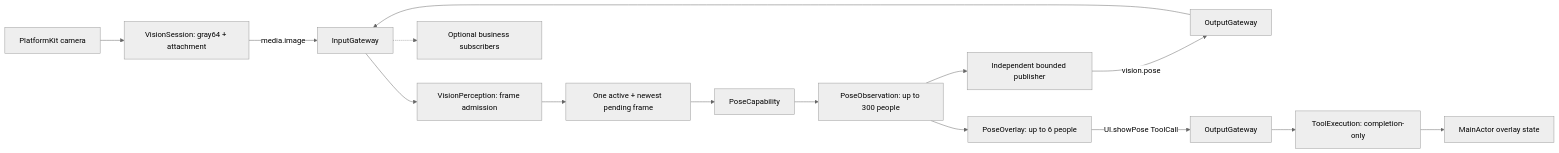
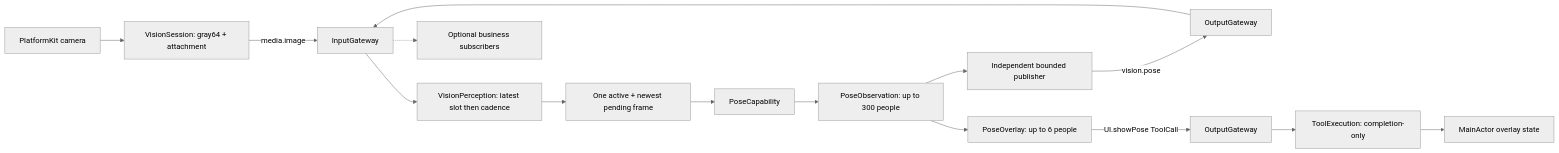
Before and after one commit to devilyouwei/MobileHarness: the sixth of 7 diagrams in MobileHarness/Agents/VisionPerception/README.md, drawn with Mermaid (neutral theme). The commit also changed other lines of this file and 42 other files, not shown here.

Commit message:
Improve adaptive latest-frame pose detection and separate visual presentation values

````diff
--- a/MobileHarness/Agents/VisionPerception/README.md
+++ b/MobileHarness/Agents/VisionPerception/README.md
@@ -59,17 +207,17 @@
 ```mermaid
 flowchart LR
     Camera[PlatformKit camera] --> App[VisionSession: gray64 + attachment]
     App -->|media.image| IG[InputGateway]
-    IG --> Filter[VisionPerception: frame admission]
+    IG --> Filter[VisionPerception: latest slot then cadence]
     Filter --> Latest[One active + newest pending frame]
     Latest --> Pose[PoseCapability]
     Pose --> Obs[PoseObservation: up to 300 people]
     Obs --> Pub[Independent bounded publisher]
     Pub -->|vision.pose| OG1[OutputGateway]
     OG1 --> IG[InputGateway]
     IG -.-> Future[Optional business subscribers]
     Obs --> Projection[PoseOverlay: up to 6 people]
     Projection -->|UI.showPose ToolCall| OG2[OutputGateway]
     OG2 --> TR[ToolExecution: completion-only]
     TR --> UI[MainActor overlay state]
 ```
````
